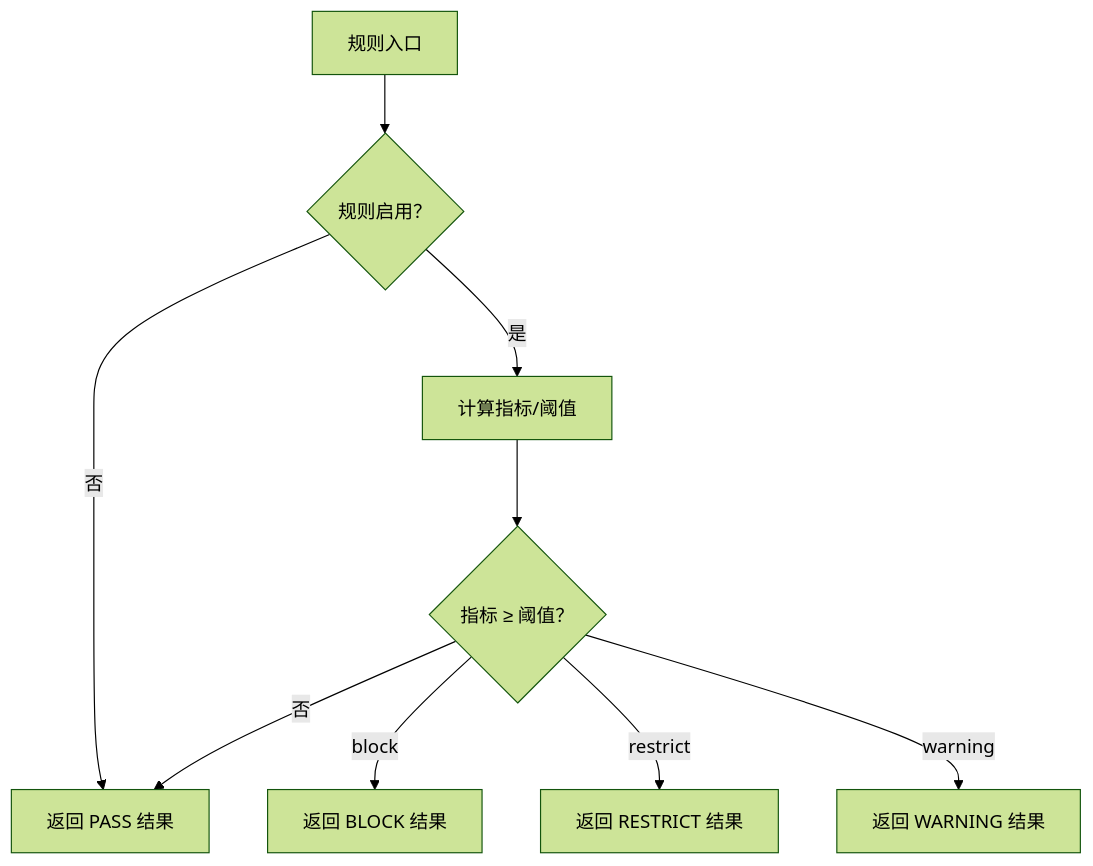
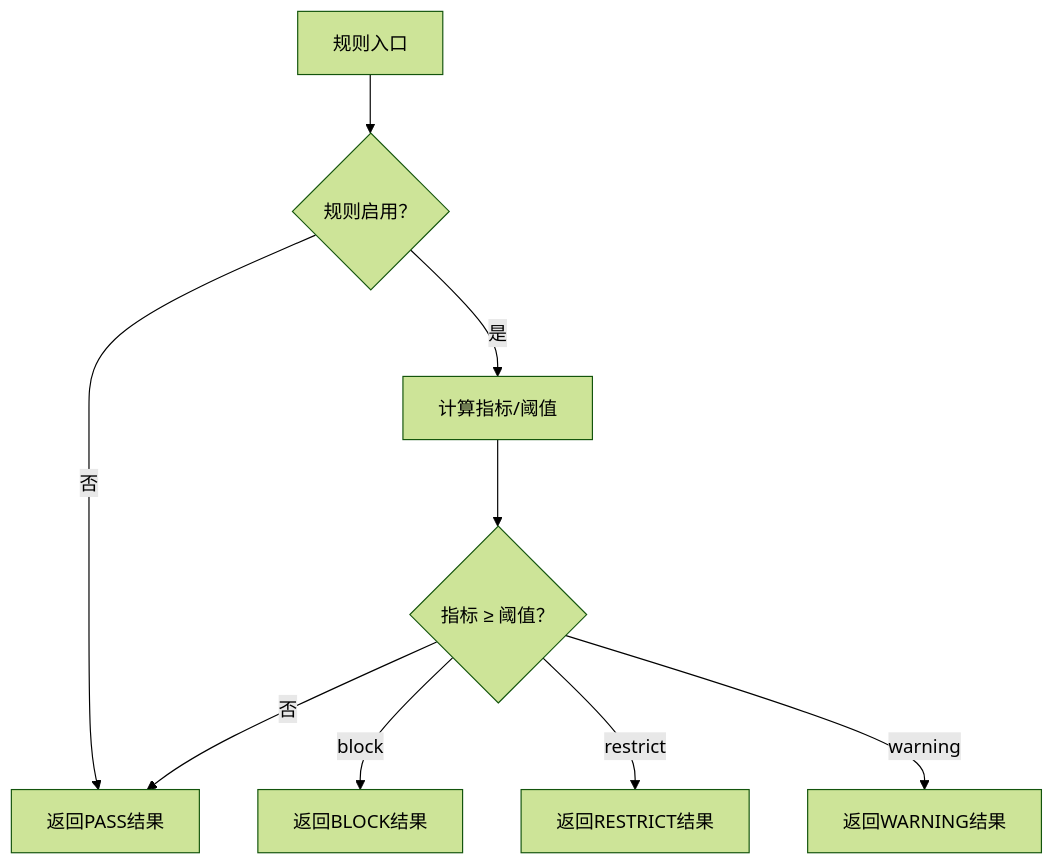
One commit to Magicer2024/AIQuant changed the fifth of 8 diagrams in .qoder/repowiki/zh/content/核心模块/风险控制系统/风险控制系统.md. Above: the diagram before and after it, drawn with Mermaid (forest theme). The commit also changed other lines of this file and 62 other files, not shown here.

First line of the commit message:
refactor: migrate modules to 六部 ministries architecture

````diff
--- a/.qoder/repowiki/zh/content/核心模块/风险控制系统/风险控制系统.md
+++ b/.qoder/repowiki/zh/content/核心模块/风险控制系统/风险控制系统.md
@@ -238,11 +248,11 @@
 ```mermaid
 flowchart TD
 RuleStart["规则入口"] --> Enabled{"规则启用？"}
-Enabled --> |否| Pass["返回 PASS 结果"]
+Enabled --> |否| Pass["返回PASS结果"]
 Enabled --> |是| Compute["计算指标/阈值"]
 Compute --> Compare{"指标 ≥ 阈值？"}
-Compare --> |block| Block["返回 BLOCK 结果"]
-Compare --> |restrict| Restrict["返回 RESTRICT 结果"]
-Compare --> |warning| Warn["返回 WARNING 结果"]
+Compare --> |block| Block["返回BLOCK结果"]
+Compare --> |restrict| Restrict["返回RESTRICT结果"]
+Compare --> |warning| Warn["返回WARNING结果"]
 Compare --> |否| Pass
 ```
````
